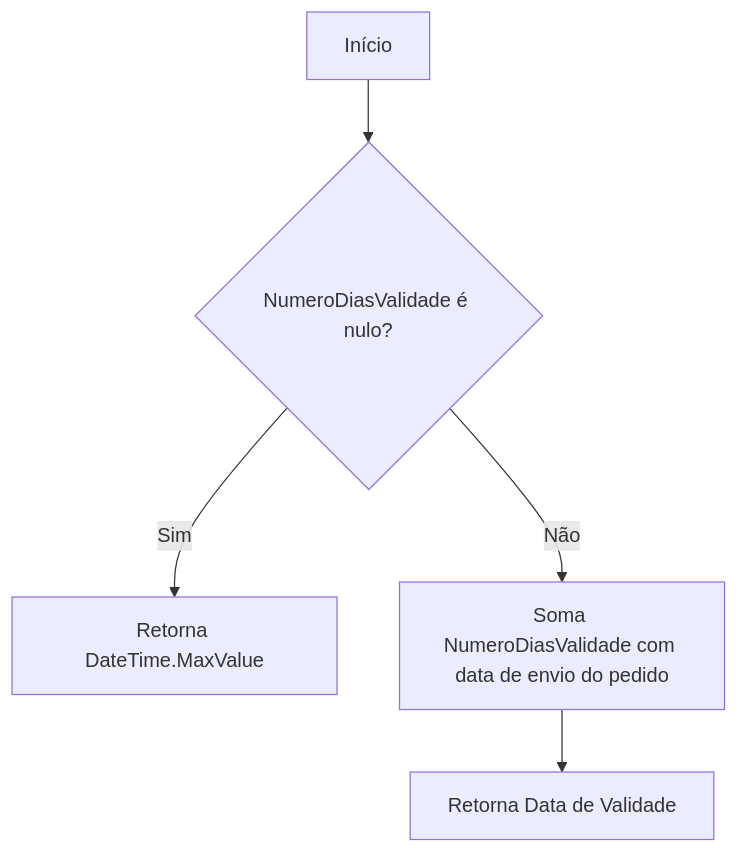
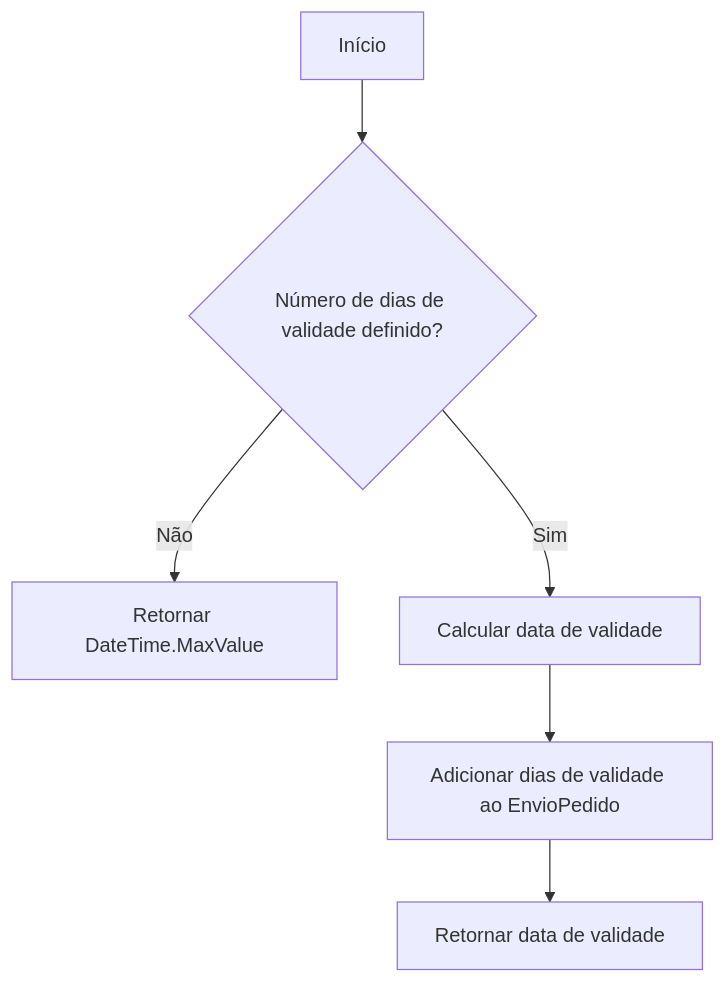
One commit to IsthmusSistemas/documentacao-tecnica changed the first of 2 diagrams in docs/b2b-dominio/IsthmusWinthor.Nucleo/IsthmusWinthor.Dominio/Entidades/CashBackReceber.md. Above: the diagram before and after it, drawn with Mermaid. The commit also changed other lines of this file and 882 other files, not shown here.

````diff
--- a/docs/b2b-dominio/IsthmusWinthor.Nucleo/IsthmusWinthor.Dominio/Entidades/CashBackReceber.md
+++ b/docs/b2b-dominio/IsthmusWinthor.Nucleo/IsthmusWinthor.Dominio/Entidades/CashBackReceber.md
@@ -18,7 +19,10 @@
 ```mermaid
 flowchart TD
-    A[Início] --> B{NumeroDiasValidade é nulo?}
-    B -- Sim --> C[Retorna DateTime.MaxValue]
-    B -- Não --> D[Soma NumeroDiasValidade com data de envio do pedido]
-    D --> E[Retorna Data de Validade]
+    A[Início]
+    B{Número de dias de validade definido?}
+    A --> B
+    B -->|Não| C[Retornar DateTime.MaxValue]
+    B -->|Sim| D[Calcular data de validade]
+    D --> E[Adicionar dias de validade ao EnvioPedido]
+    E --> F[Retornar data de validade]
 ```
````
